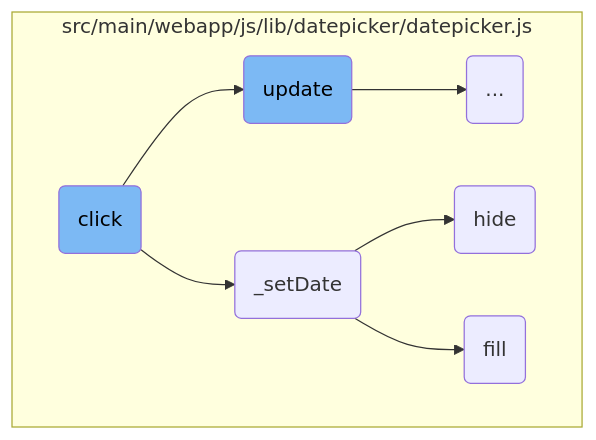
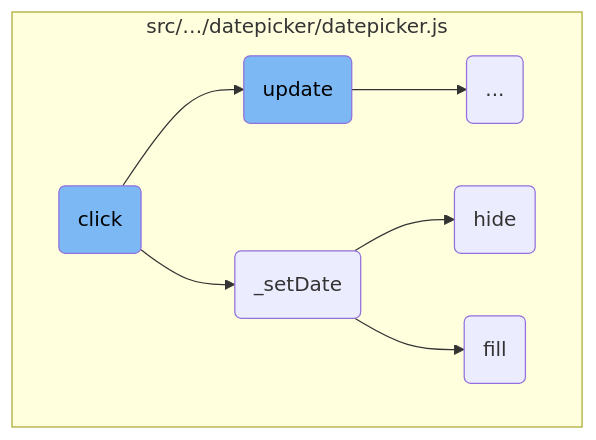
Before and after one commit to Swimm-Demo/greenfield-ecommerce: the second of 3 diagrams in .swm/handling-clicks-in-datepicker.pcr0fw1d.sw.md, drawn with Mermaid. The commit also changed other lines of this file, not shown here.

Commit message:
docs(swimm): update doc: Handling Clicks in Datepicker

````diff
--- a/.swm/handling-clicks-in-datepicker.pcr0fw1d.sw.md
+++ b/.swm/handling-clicks-in-datepicker.pcr0fw1d.sw.md
@@ -73,58 +73,58 @@
 ```mermaid
 graph TD;
-      subgraph src/main/webapp/js/lib/datepicker/datepicker.js
+      subgraph "src/…/datepicker/datepicker.js"
 89769cda9ddde622ead58ef61342c3a5f67f00d90465ff73dd63e43475014ded(click):::mainFlowStyle --> 8d8dbbde8e7a85e4fb7e9e847f6daf4b53fed0742e0b2270a4754f14021b5a1e(_setDate)
 end
 
-subgraph src/main/webapp/js/lib/datepicker/datepicker.js
+subgraph "src/…/datepicker/datepicker.js"
 89769cda9ddde622ead58ef61342c3a5f67f00d90465ff73dd63e43475014ded(click):::mainFlowStyle --> bb4ba648bc3810a172b8e3bdda1d4fb698a676cbc1ce1bfd0933c921cb0be128(update):::mainFlowStyle
 end
 
-subgraph src/main/webapp/js/lib/datepicker/datepicker.js
+subgraph "src/…/datepicker/datepicker.js"
 bb4ba648bc3810a172b8e3bdda1d4fb698a676cbc1ce1bfd0933c921cb0be128(update):::mainFlowStyle --> hbue7(...)
 end
 
-subgraph src/main/webapp/js/lib/datepicker/datepicker.js
+subgraph "src/…/datepicker/datepicker.js"
 8d8dbbde8e7a85e4fb7e9e847f6daf4b53fed0742e0b2270a4754f14021b5a1e(_setDate) --> 447efb7ad53dd24bcf2d3d84d063dc874767dc4eccfba332c2dc2ff69b463835(hide)
 end
 
-subgraph src/main/webapp/js/lib/datepicker/datepicker.js
+subgraph "src/…/datepicker/datepicker.js"
 8d8dbbde8e7a85e4fb7e9e847f6daf4b53fed0742e0b2270a4754f14021b5a1e(_setDate) --> 5011f9474dee0e0405fb8996a869aaff1bc0517f50e773abb996e79485926e89(fill)
 end
 
 
       classDef mainFlowStyle color:#000000,fill:#7CB9F4
 classDef rootsStyle color:#000000,fill:#00FFF4
 classDef Style1 color:#000000,fill:#00FFAA
 classDef Style2 color:#000000,fill:#FFFF00
 classDef Style3 color:#000000,fill:#AA7CB9
 
 %% Swimm:
 %% graph TD;
-%%       subgraph <SwmPath>[src/main/webapp/js/lib/datepicker/datepicker.js](src/main/webapp/js/lib/datepicker/datepicker.js)</SwmPath>
+%%       subgraph "<SwmPath>[src/…/datepicker/datepicker.js](src/main/webapp/js/lib/datepicker/datepicker.js)</SwmPath>"
 %% 89769cda9ddde622ead58ef61342c3a5f67f00d90465ff73dd63e43475014ded(click):::mainFlowStyle --> 8d8dbbde8e7a85e4fb7e9e847f6daf4b53fed0742e0b2270a4754f14021b5a1e(_setDate)
 %% end
 %% 
-%% subgraph <SwmPath>[src/main/webapp/js/lib/datepicker/datepicker.js](src/main/webapp/js/lib/datepicker/datepicker.js)</SwmPath>
+%% subgraph "<SwmPath>[src/…/datepicker/datepicker.js](src/main/webapp/js/lib/datepicker/datepicker.js)</SwmPath>"
 %% 89769cda9ddde622ead58ef61342c3a5f67f00d90465ff73dd63e43475014ded(click):::mainFlowStyle --> bb4ba648bc3810a172b8e3bdda1d4fb698a676cbc1ce1bfd0933c921cb0be128(update):::mainFlowStyle
 %% end
 %% 
-%% subgraph <SwmPath>[src/main/webapp/js/lib/datepicker/datepicker.js](src/main/webapp/js/lib/datepicker/datepicker.js)</SwmPath>
+%% subgraph "<SwmPath>[src/…/datepicker/datepicker.js](src/main/webapp/js/lib/datepicker/datepicker.js)</SwmPath>"
 %% bb4ba648bc3810a172b8e3bdda1d4fb698a676cbc1ce1bfd0933c921cb0be128(update):::mainFlowStyle --> hbue7(...)
 %% end
 %% 
-%% subgraph <SwmPath>[src/main/webapp/js/lib/datepicker/datepicker.js](src/main/webapp/js/lib/datepicker/datepicker.js)</SwmPath>
+%% subgraph "<SwmPath>[src/…/datepicker/datepicker.js](src/main/webapp/js/lib/datepicker/datepicker.js)</SwmPath>"
 %% 8d8dbbde8e7a85e4fb7e9e847f6daf4b53fed0742e0b2270a4754f14021b5a1e(_setDate) --> 447efb7ad53dd24bcf2d3d84d063dc874767dc4eccfba332c2dc2ff69b463835(hide)
 %% end
 %% 
-%% subgraph <SwmPath>[src/main/webapp/js/lib/datepicker/datepicker.js](src/main/webapp/js/lib/datepicker/datepicker.js)</SwmPath>
+%% subgraph "<SwmPath>[src/…/datepicker/datepicker.js](src/main/webapp/js/lib/datepicker/datepicker.js)</SwmPath>"
 %% 8d8dbbde8e7a85e4fb7e9e847f6daf4b53fed0742e0b2270a4754f14021b5a1e(_setDate) --> 5011f9474dee0e0405fb8996a869aaff1bc0517f50e773abb996e79485926e89(fill)
 %% end
 %% 
 %% 
 %%       classDef mainFlowStyle color:#000000,fill:#7CB9F4
 %% classDef rootsStyle color:#000000,fill:#00FFF4
 %% classDef Style1 color:#000000,fill:#00FFAA
 %% classDef Style2 color:#000000,fill:#FFFF00
 %% classDef Style3 color:#000000,fill:#AA7CB9
 ```
````
